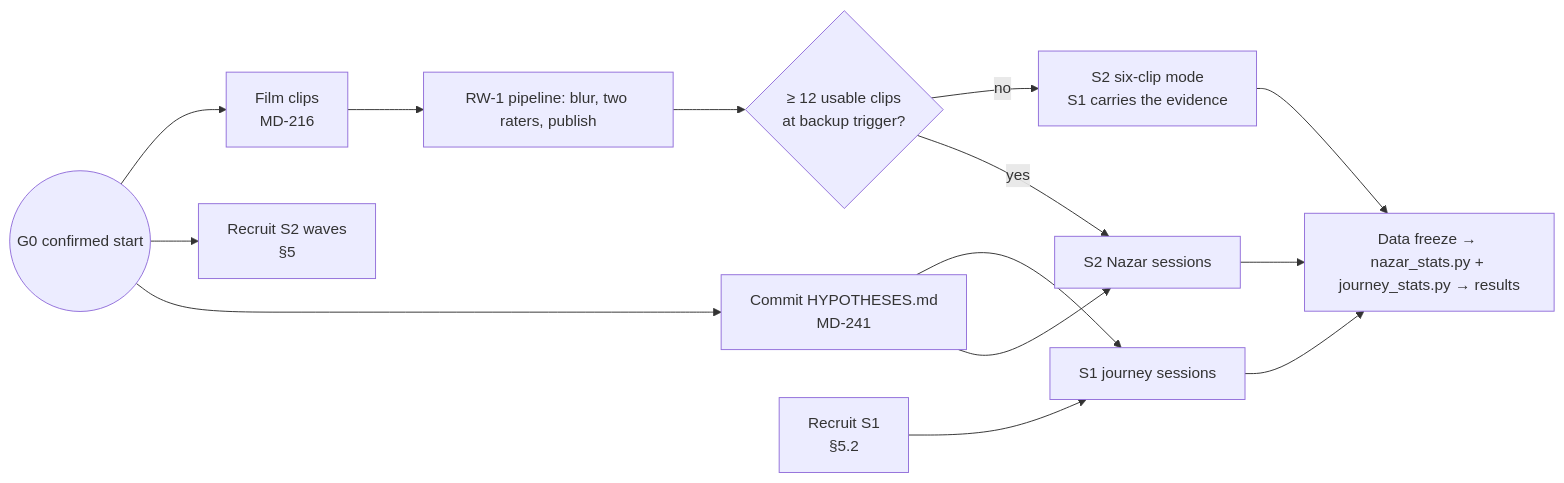
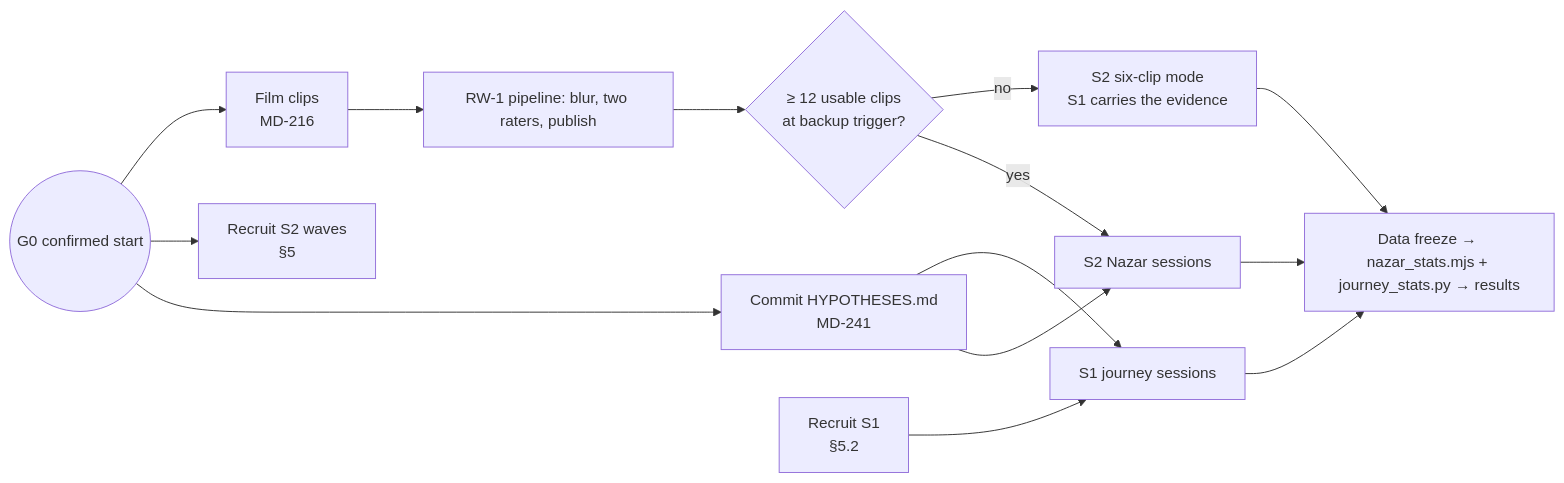
One commit to sruj08/margadarshak changed the diagram in docs/08-project/FIELD_STUDY.md. Above: the diagram before and after it, drawn with Mermaid. The commit also changed other lines of this file and 1326 other files, not shown here.

````diff
--- a/docs/08-project/FIELD_STUDY.md
+++ b/docs/08-project/FIELD_STUDY.md
@@ -33,16 +33,16 @@
 ```mermaid
 flowchart LR
   G0((G0 confirmed start)) --> H[Commit HYPOTHESES.md<br/>MD-241]
   G0 --> R1[Recruit S2 waves<br/>§5]
   G0 --> F[Film clips<br/>MD-216]
   F --> P[RW-1 pipeline: blur, two raters, publish]
   P --> Q{≥ 12 usable clips<br/>at backup trigger?}
   Q -- yes --> S2[S2 Nazar sessions]
   Q -- no --> S2b[S2 six-clip mode<br/>S1 carries the evidence]
   H --> S2
   H --> S1[S1 journey sessions]
   R2[Recruit S1<br/>§5.2] --> S1
-  S1 --> Z[Data freeze → nazar_stats.py + journey_stats.py → results]
+  S1 --> Z[Data freeze → nazar_stats.mjs + journey_stats.py → results]
   S2 --> Z
   S2b --> Z
 ```
````
